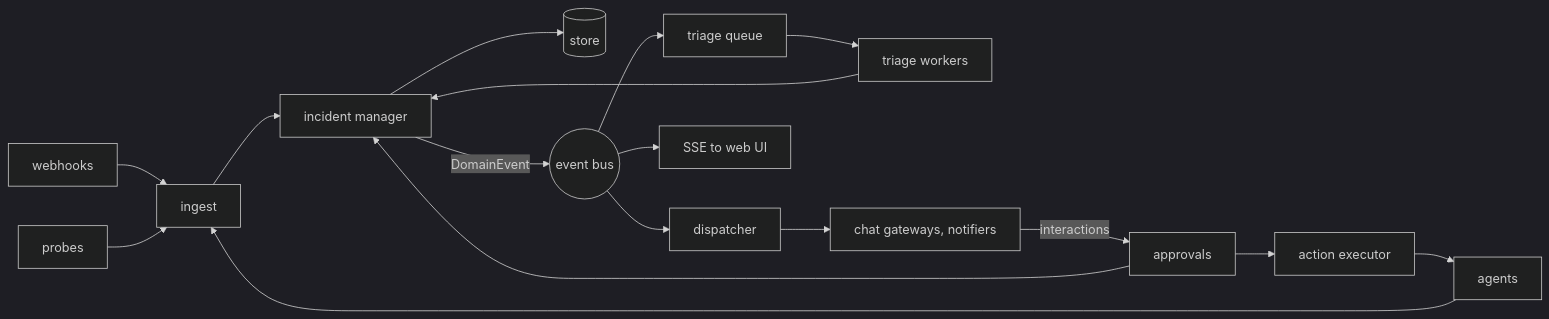
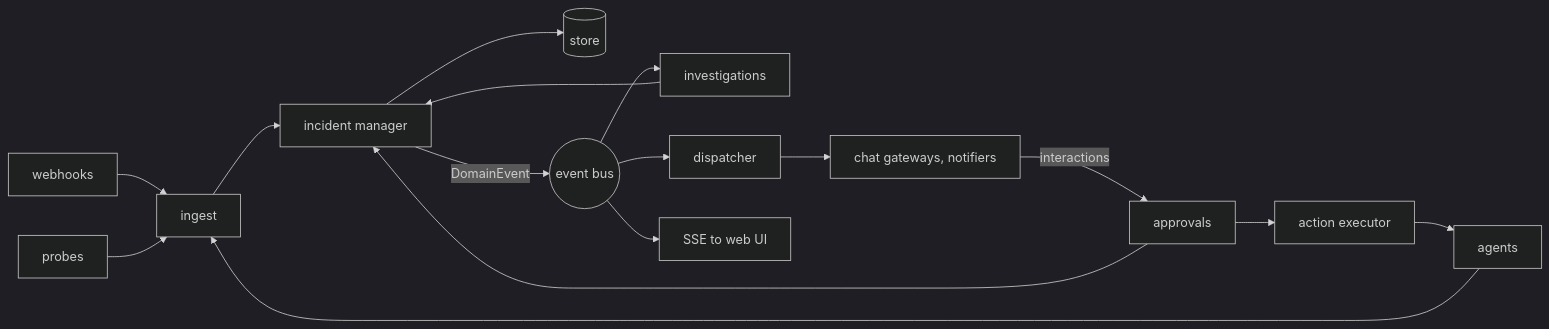
The fifth of 5 diagrams in ARCHITECTURE.md (RoastSlav/domovoi), drawn with Mermaid (dark theme) before and after one commit. The commit also changed other lines of this file and 4 other files, not shown here.

Commit message:
docs: investigations are the default and the triage queue is gone

````diff
--- a/ARCHITECTURE.md
+++ b/ARCHITECTURE.md
@@ -243,14 +243,14 @@
 ```mermaid
 flowchart LR
   WH[webhooks] --> IN[ingest]
   AG[agents] --> IN
   PR[probes] --> IN
   IN --> IM[incident manager]
   IM --> DB[(store)]
   IM -- DomainEvent --> BUS((event bus))
-  BUS --> TQ[triage queue] --> TW[triage workers] --> IM
+  BUS --> INV[investigations] --> IM
   BUS --> DSP[dispatcher] --> GW[chat gateways, notifiers]
   BUS --> SSE[SSE to web UI]
   GW -- interactions --> AP[approvals] --> IM
   AP --> AX[action executor] --> AG
 ```
````
